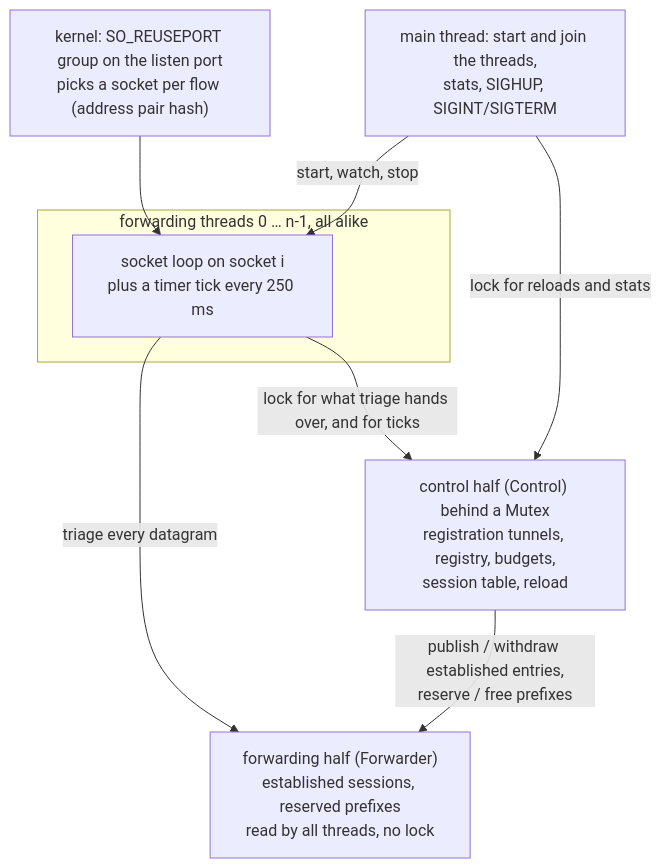
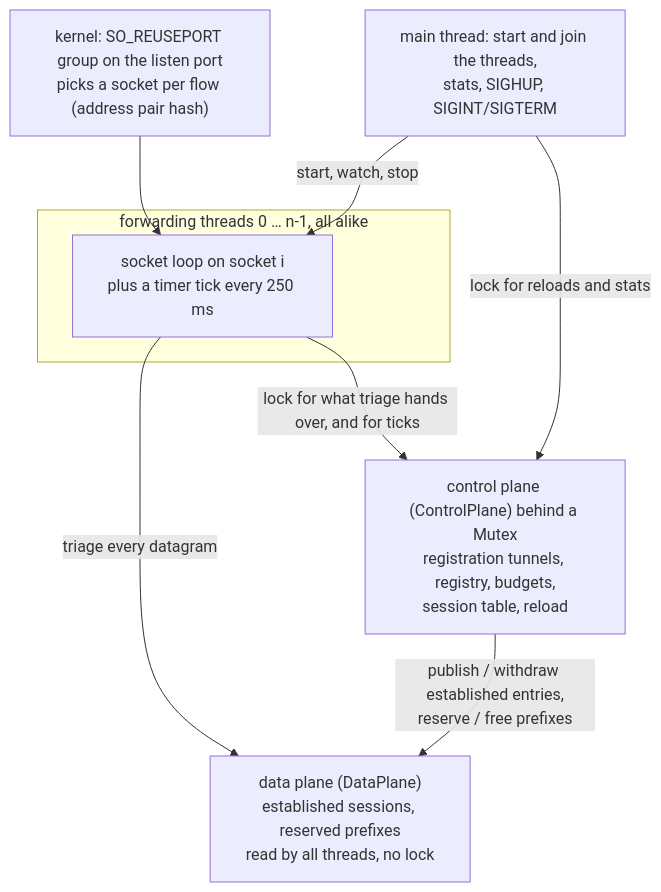
The eighth of 23 diagrams in docs/how-it-works.md (3alpha/wg-relay), drawn with Mermaid before and after one commit. The commit also changed other lines of this file and 46 other files, not shown here.

````diff
--- a/docs/how-it-works.md
+++ b/docs/how-it-works.md
@@ -324,16 +326,16 @@
 ```mermaid
 flowchart TB
     K["kernel: SO_REUSEPORT group on the listen port<br/>picks a socket per flow (address pair hash)"]
     subgraph threads["forwarding threads 0 … n-1, all alike"]
         L["socket loop on socket i<br/>plus a timer tick every 250 ms"]
     end
     M["main thread: start and join the threads,<br/>stats, SIGHUP, SIGINT/SIGTERM"]
-    F["forwarding half (Forwarder)<br/>established sessions, reserved prefixes<br/>read by all threads, no lock"]
-    C["control half (Control) behind a Mutex<br/>registration tunnels, registry, budgets,<br/>session table, reload"]
+    F["data plane (DataPlane)<br/>established sessions, reserved prefixes<br/>read by all threads, no lock"]
+    C["control plane (ControlPlane) behind a Mutex<br/>registration tunnels, registry, budgets,<br/>session table, reload"]
     K --> L
     L -- "triage every datagram" --> F
     L -- "lock for what triage hands over, and for ticks" --> C
     M -- "lock for reloads and stats" --> C
     M -- "start, watch, stop" --> L
     C -- "publish / withdraw established entries,<br/>reserve / free prefixes" --> F
 ```
````
